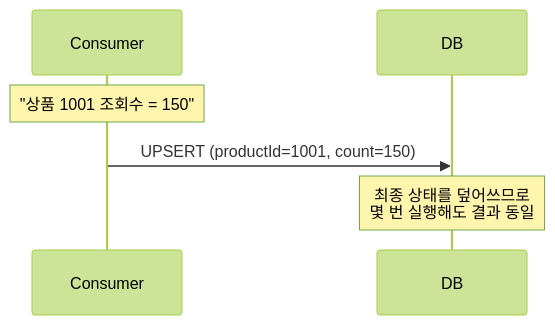
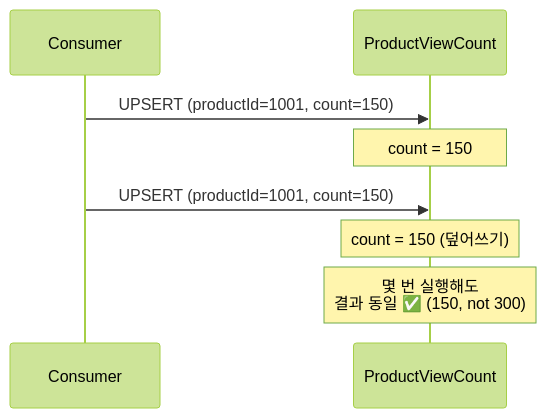
One commit to katiekim17/messaging-lab changed the fourth of 11 diagrams in src/test/java/com/example/messaging/step6_idempotent_consumer/README.md. Above: the diagram before and after it, drawn with Mermaid (forest theme). The commit also changed other lines of this file and 6 other files, not shown here.

````diff
--- a/src/test/java/com/example/messaging/step6_idempotent_consumer/README.md
+++ b/src/test/java/com/example/messaging/step6_idempotent_consumer/README.md
@@ -57,9 +92,13 @@
 ```mermaid
 sequenceDiagram
-    participant Consumer
-    participant DB
+    participant Cons as Consumer
+    participant DB as ProductViewCount
 
-    Note over Consumer: "상품 1001 조회수 = 150"
-    Consumer->>DB: UPSERT (productId=1001, count=150)
-    Note over DB: 최종 상태를 덮어쓰므로<br/>몇 번 실행해도 결과 동일
+    Cons->>DB: UPSERT (productId=1001, count=150)
+    Note over DB: count = 150
+
+    Cons->>DB: UPSERT (productId=1001, count=150)
+    Note over DB: count = 150 (덮어쓰기)
+
+    Note over DB: 몇 번 실행해도<br/>결과 동일 ✅ (150, not 300)
 ```
````
